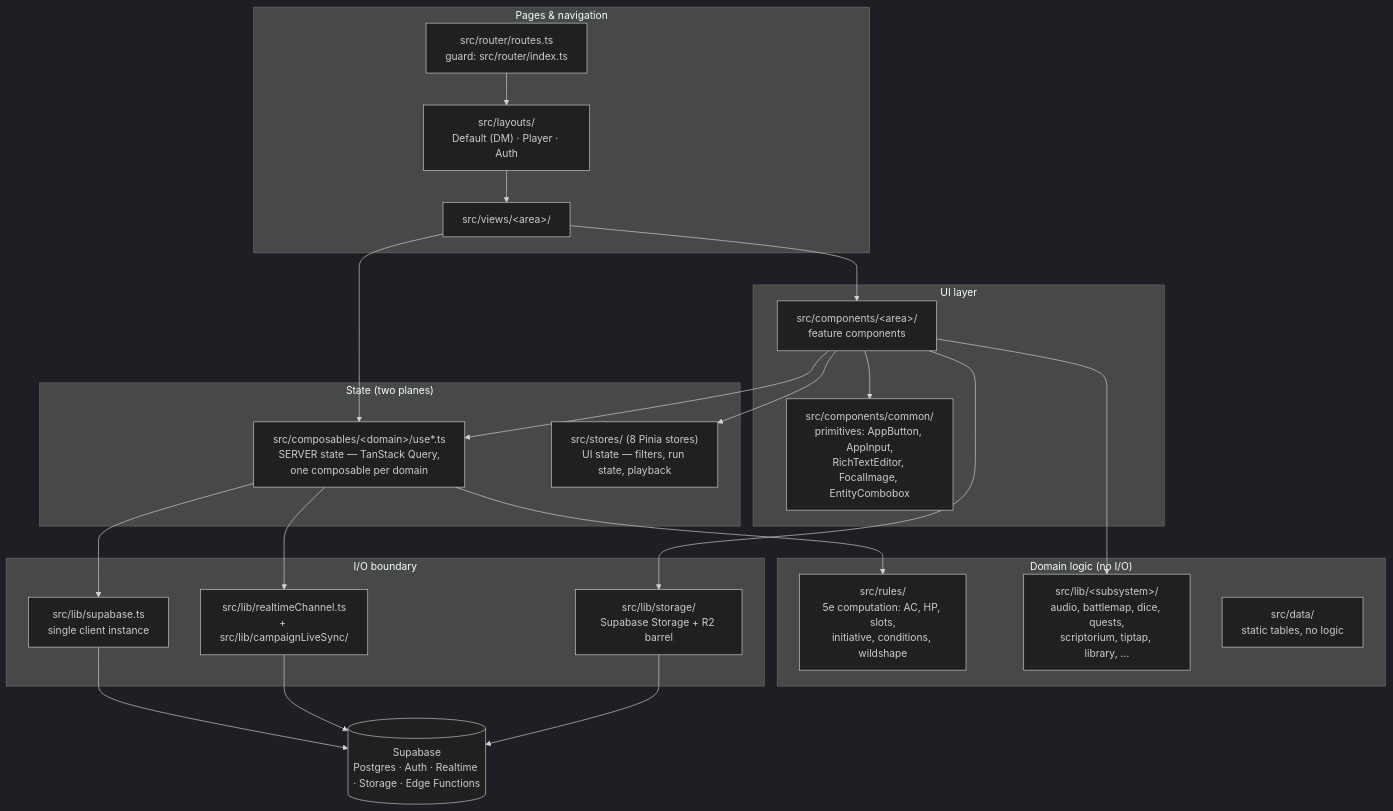
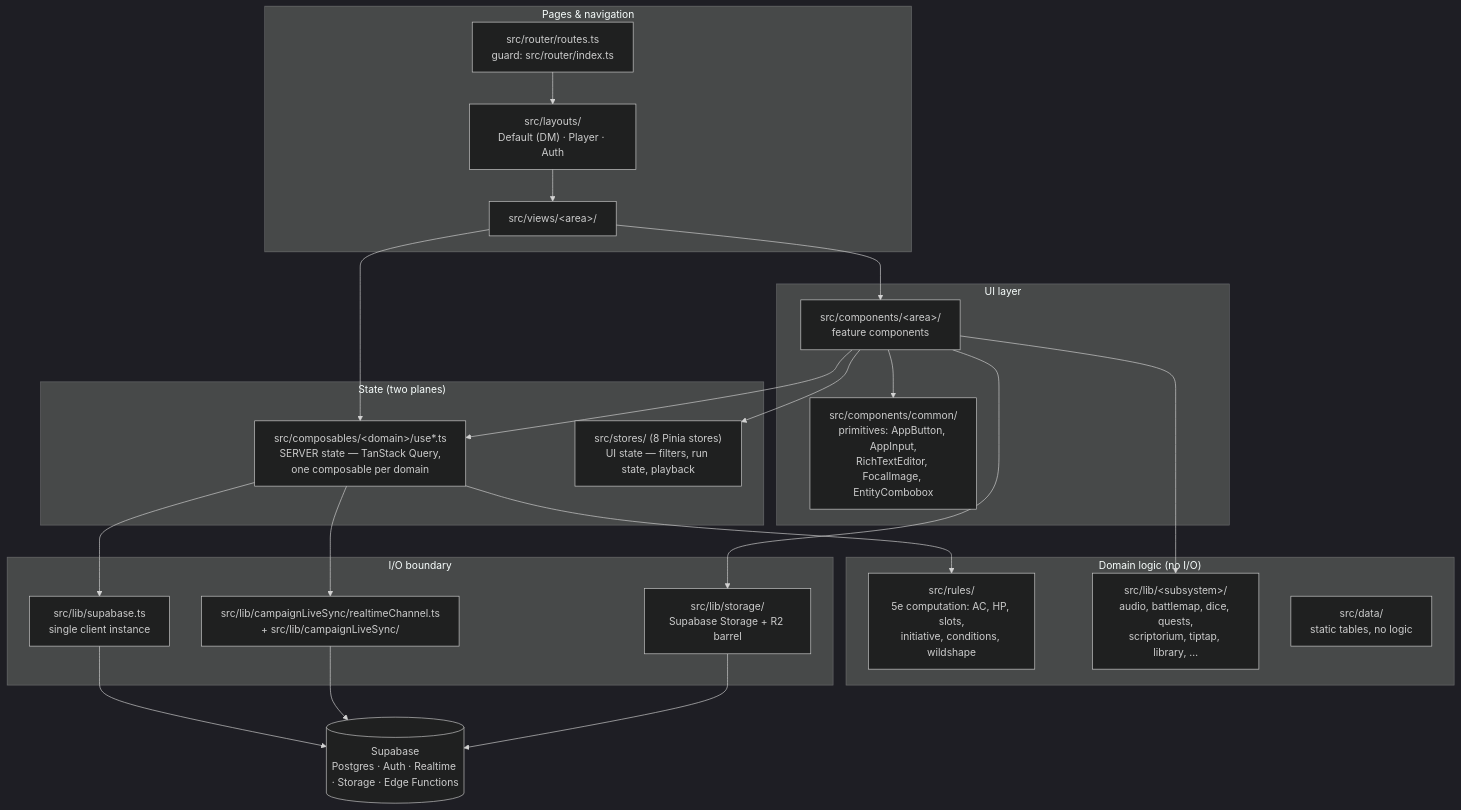
One commit to irongollem/grimoire changed the first of 4 diagrams in context/architecture/internal.md. Above: the diagram before and after it, drawn with Mermaid (dark theme). The commit also changed other lines of this file and 89 other files, not shown here.

````diff
--- a/context/architecture/internal.md
+++ b/context/architecture/internal.md
@@ -17,46 +17,46 @@
 ```mermaid
 flowchart TB
     subgraph pages ["Pages & navigation"]
         router["src/router/routes.ts<br/>guard: src/router/index.ts"]
         layouts["src/layouts/<br/>Default (DM) · Player · Auth"]
         views["src/views/&lt;area&gt;/"]
     end
 
     subgraph ui ["UI layer"]
         components["src/components/&lt;area&gt;/<br/>feature components"]
         common["src/components/common/<br/>primitives: AppButton, AppInput,<br/>RichTextEditor, FocalImage, EntityCombobox"]
     end
 
     subgraph state ["State (two planes)"]
         composables["src/composables/&lt;domain&gt;/use*.ts<br/>SERVER state — TanStack Query,<br/>one composable per domain"]
         stores["src/stores/ (8 Pinia stores)<br/>UI state — filters, run state, playback"]
     end
 
     subgraph logic ["Domain logic (no I/O)"]
         rules["src/rules/<br/>5e computation: AC, HP, slots,<br/>initiative, conditions, wildshape"]
         lib["src/lib/&lt;subsystem&gt;/<br/>audio, battlemap, dice, quests,<br/>scriptorium, tiptap, library, …"]
         data["src/data/<br/>static tables, no logic"]
     end
 
     subgraph io ["I/O boundary"]
         client["src/lib/supabase.ts<br/>single client instance"]
-        realtime["src/lib/realtimeChannel.ts<br/>+ src/lib/campaignLiveSync/"]
+        realtime["src/lib/campaignLiveSync/realtimeChannel.ts<br/>+ src/lib/campaignLiveSync/"]
         storagelib["src/lib/storage/<br/>Supabase Storage + R2 barrel"]
     end
 
     supa[("Supabase<br/>Postgres · Auth · Realtime · Storage · Edge Functions")]
 
     router --> layouts --> views --> components
     components --> common
     views --> composables
     components --> composables
     components --> stores
     composables --> rules
     components --> lib
     composables --> client
     composables --> realtime
     components --> storagelib
     client --> supa
     realtime --> supa
     storagelib --> supa
 ```
````
